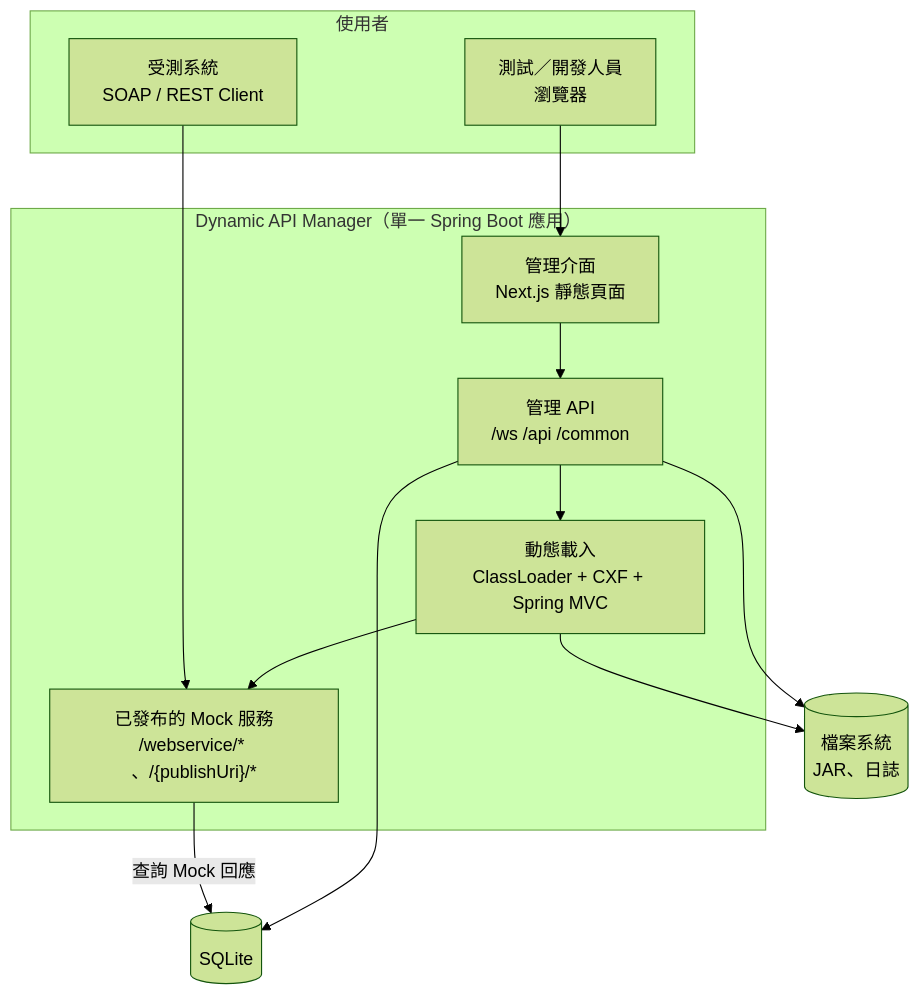
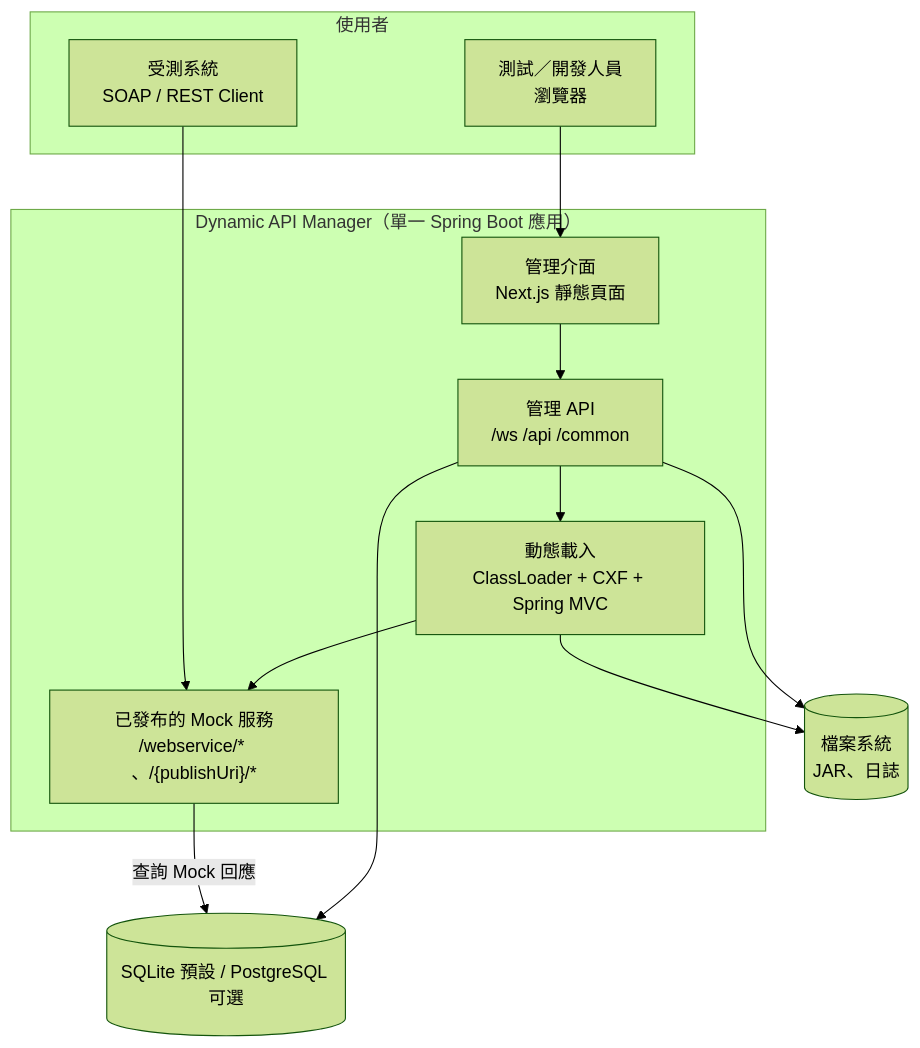
The diagram in docs-site/docs/srs/overview.md (a09090443/dynamic-api), drawn with Mermaid (forest theme) before and after one commit. The commit also changed 17 other files, not shown here.

First line of the commit message:
功能(backend): 新增可選的 PostgreSQL 資料庫支援，預設維持 SQLite (#15)

````diff
--- a/docs-site/docs/srs/overview.md
+++ b/docs-site/docs/srs/overview.md
@@ -47,23 +47,23 @@
 ```mermaid
 flowchart TB
     subgraph 使用者
         U1[測試／開發人員<br/>瀏覽器]
         U2[受測系統<br/>SOAP / REST Client]
     end
     subgraph DAM[Dynamic API Manager（單一 Spring Boot 應用）]
         UI[管理介面<br/>Next.js 靜態頁面]
         MAPI[管理 API<br/>/ws /api /common]
         LOADER[動態載入<br/>ClassLoader + CXF + Spring MVC]
         SVC["已發布的 Mock 服務<br/>/webservice/* 、/{publishUri}/*"]
     end
-    DB[(SQLite)]
+    DB[(SQLite 預設 / PostgreSQL 可選)]
     FS[(檔案系統<br/>JAR、日誌)]
 
     U1 --> UI --> MAPI
     MAPI --> LOADER --> SVC
     MAPI --> DB
     MAPI --> FS
     LOADER --> FS
     U2 --> SVC
     SVC -->|查詢 Mock 回應| DB
 ```
````
